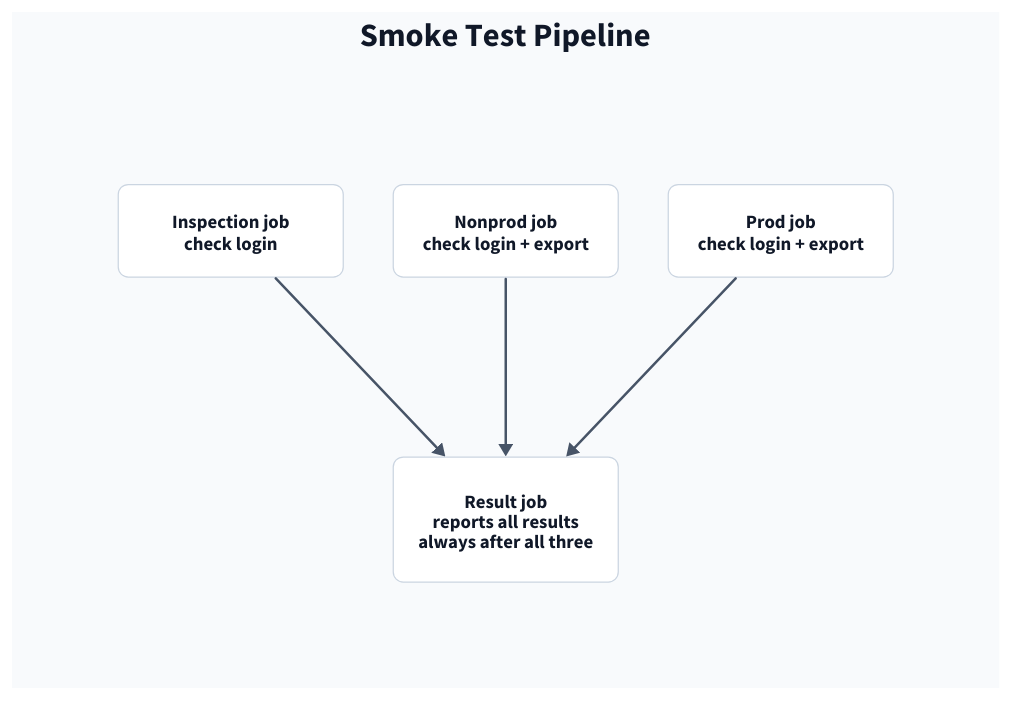
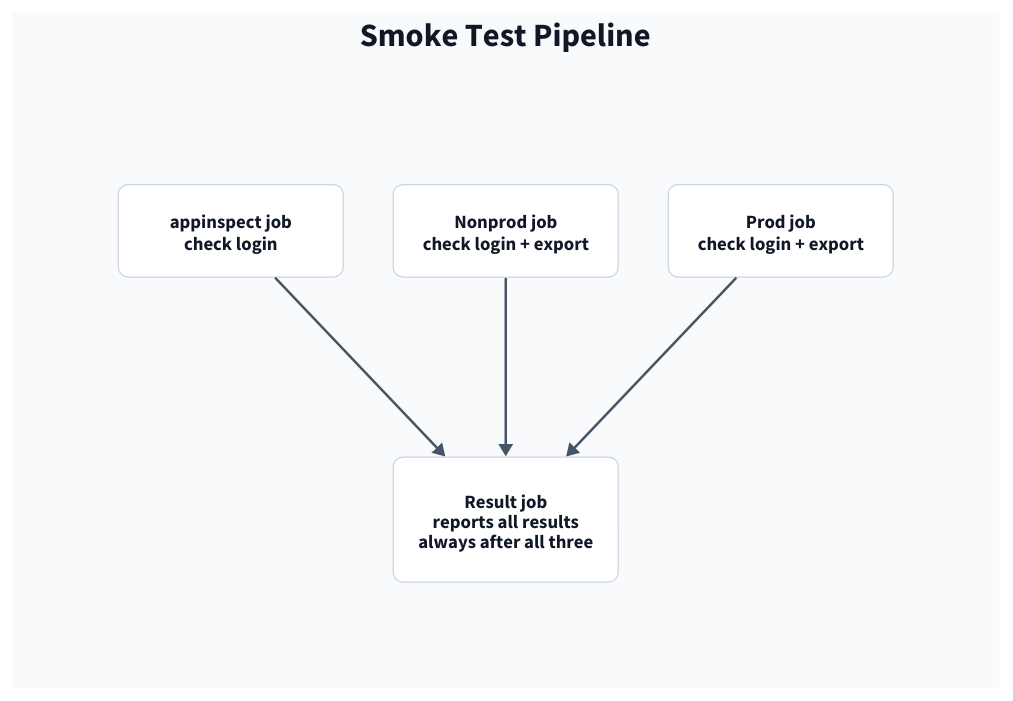
Before and after one commit to dryvist/azure-pipelines-splunk-apps: the diagram in wiki/diagrams/smoke-test-pipeline.d2, drawn with D2. The commit also changed 79 other files, not shown here.

```diff
--- a/wiki/diagrams/smoke-test-pipeline.d2
+++ b/wiki/diagrams/smoke-test-pipeline.d2
@@ -1,91 +1,91 @@
 vars: {
   canvas: "#F8FAFC"
   surface: "#FFFFFF"
   boundary-surface: "#F1F5F9"
   text: "#101828"
   muted: "#475467"
   border: "#CBD5E1"
   accent: "#0054A3"
   accent-surface: "#EFF6FF"
   warm: "#B54708"
   warm-surface: "#FFF7ED"
   d2-config: {theme-id: 0; layout-engine: elk; pad: 32; sketch: false}
 }
 style.fill: ${canvas}
 
 classes: {
   title: {shape: text; style: {font-color: ${text}; font-size: 26; bold: true}}
   subtitle: {shape: text; style: {font-color: ${muted}; font-size: 15}}
   columns: {style: {fill: transparent; stroke: transparent}}
   boundary: {
     style: {
       fill: ${boundary-surface}
       stroke: ${border}
       font-color: ${text}
       font-size: 20
       stroke-width: 1
       border-radius: 8
     }
   }
   group: {
     style: {
       fill: ${surface}
       stroke: ${border}
       font-color: ${muted}
       font-size: 16
       stroke-width: 1
       border-radius: 8
     }
   }
   card: {
     width: 250
     style: {
       fill: ${surface}
       stroke: ${border}
       font-color: ${text}
       font-size: 15
       stroke-width: 1
       border-radius: 8
     }
   }
   card-2: {width: 505}
   card-3: {width: 330}
   emphasis: {style: {fill: ${accent-surface}; stroke: ${accent}; stroke-width: 2}}
   exception: {style: {fill: ${warm-surface}; stroke: ${warm}; stroke-width: 2}}
   ghost: {style: {fill: transparent; stroke: ${muted}; stroke-dash: 5; font-color: ${muted}}}
   caption: {shape: text; style: {font-color: ${muted}; font-size: 15}}
   link: {style: {stroke: ${muted}; stroke-width: 2; font-color: ${muted}; font-size: 14}}
   link-emphasis: {style: {stroke: ${accent}; stroke-width: 2; font-color: ${muted}; font-size: 14}}
   link-exception: {style: {stroke: ${warm}; stroke-width: 2; font-color: ${muted}; font-size: 14}}
   link-planned: {style: {stroke: ${muted}; stroke-width: 2; stroke-dash: 5; font-color: ${muted}; font-size: 14}}
 }
 
 
 title: "Smoke Test Pipeline" {class: title; near: top-center}
 
 page: "" {
   class: columns
   grid-columns: 1
   grid-gap: 24
 
 
   checks: "" {
     class: columns
     grid-columns: 3
-    inspection: "Inspection job\ncheck login" {class: card; width: 180}
+    inspection: "appinspect job\ncheck login" {class: card; width: 180}
     nonprod: "Nonprod job\ncheck login + export" {class: card; width: 180}
     prod: "Prod job\ncheck login + export" {class: card; width: 180}
   }
 
   result_row: "" {
     class: columns
     grid-columns: 3
     pad_left: "" {class: card; width: 180; style.opacity: 0}
     result: "Result job\nreports all results\nalways after all three" {class: card; width: 180}
     pad_right: "" {class: card; width: 180; style.opacity: 0}
   }
 
   checks.inspection -> result_row.result: {class: link}
   checks.nonprod -> result_row.result: {class: link}
   checks.prod -> result_row.result: {class: link}
 }
```
